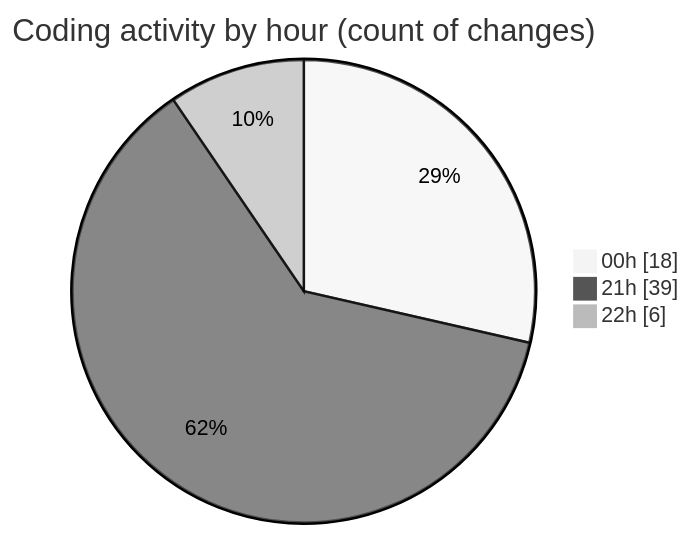
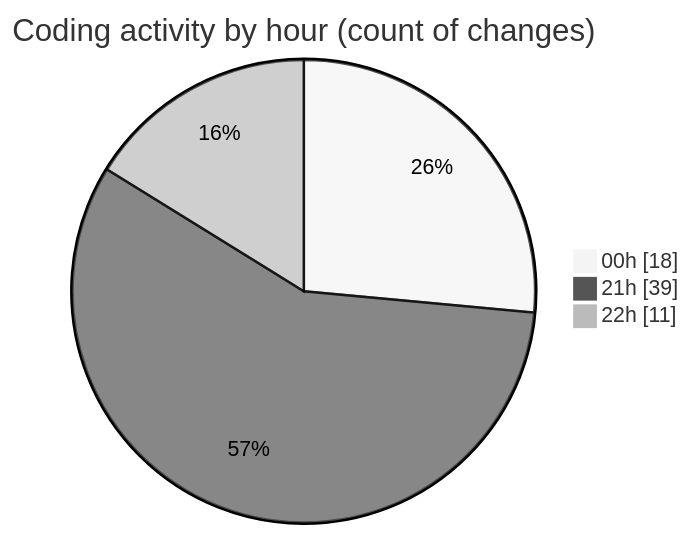
The second of 2 diagrams in 2025-04-23/echo/README.md (Netris89/code-tracking), drawn with Mermaid (neutral theme) before and after one commit. The commit also changed other lines of this file and 1 other file, not shown here.

````diff
--- a/2025-04-23/echo/README.md
+++ b/2025-04-23/echo/README.md
@@ -30,7 +30,7 @@
 ```mermaid
 pie showData
 title Coding activity by hour (count of changes)
 "00h" : 18
 "21h" : 39
-"22h" : 6
+"22h" : 11
 ```
````
